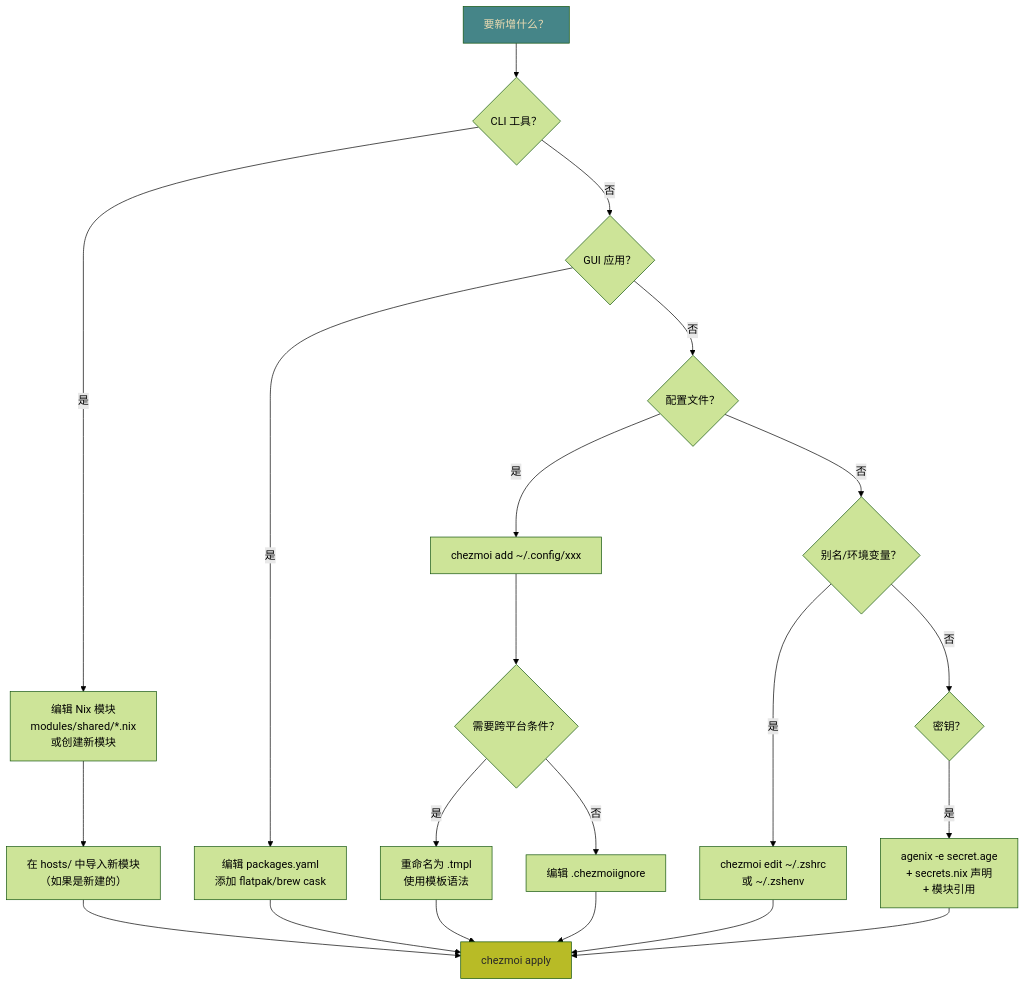
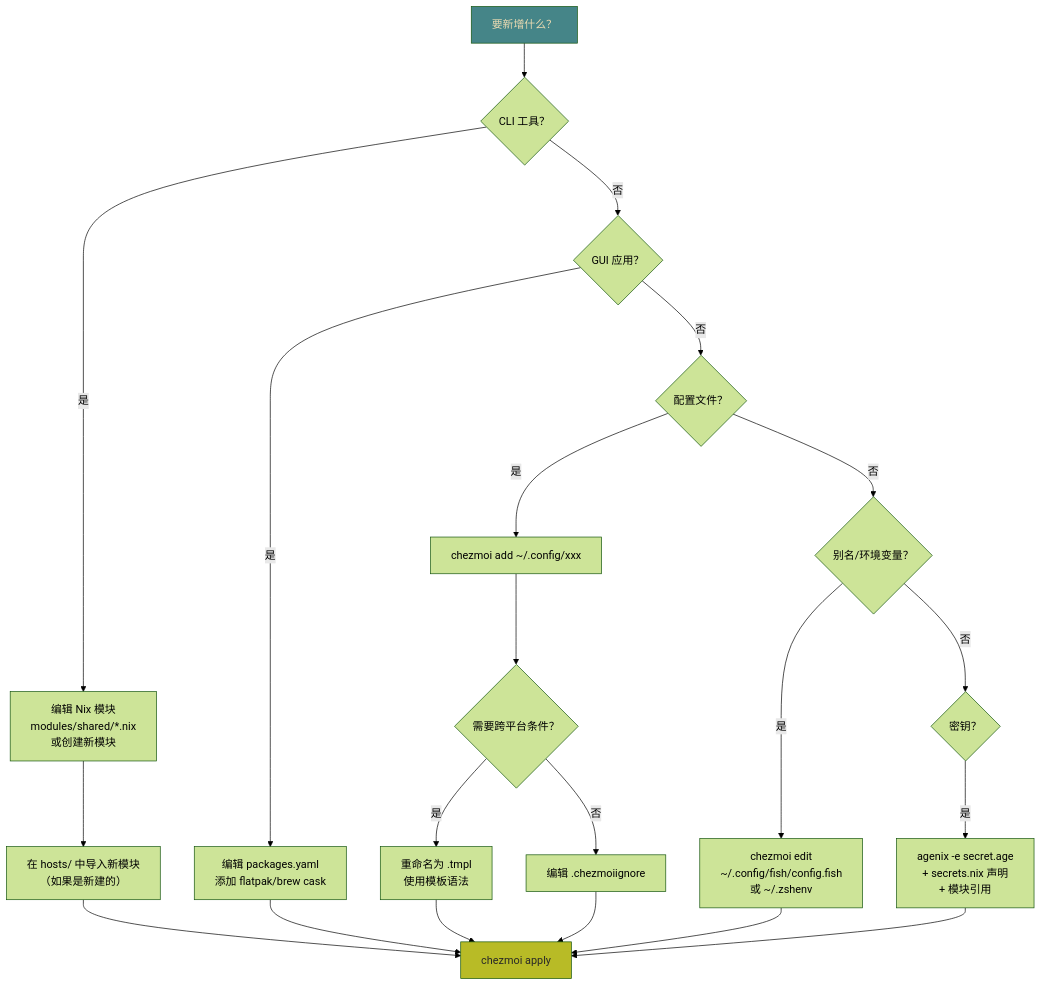
The sixth of 8 diagrams in README.md (viryoke/dotfiles), drawn with Mermaid (forest theme) before and after one commit. The commit also changed other lines of this file and 30 other files, not shown here.

````diff
--- a/README.md
+++ b/README.md
@@ -807,30 +812,30 @@
 ```mermaid
 flowchart TD
     START["要新增什么？"] --> Q1{"CLI 工具？"}
     Q1 -->|是| NIX["编辑 Nix 模块<br/>modules/shared/*.nix<br/>或创建新模块"]
     NIX --> IMPORT["在 hosts/ 中导入新模块<br/>（如果是新建的）"]
     IMPORT --> APPLY["chezmoi apply"]
 
     Q1 -->|否| Q2{"GUI 应用？"}
     Q2 -->|是| YAML["编辑 packages.yaml<br/>添加 flatpak/brew cask"]
     YAML --> APPLY
 
     Q2 -->|否| Q3{"配置文件？"}
     Q3 -->|是| ADD["chezmoi add ~/.config/xxx"]
     ADD --> TMPL{"需要跨平台条件？"}
     TMPL -->|是| RENAME["重命名为 .tmpl<br/>使用模板语法"]
     TMPL -->|否| IGNORE["编辑 .chezmoiignore"]
     RENAME --> APPLY
     IGNORE --> APPLY
 
     Q3 -->|否| Q4{"别名/环境变量？"}
-    Q4 -->|是| EDIT["chezmoi edit ~/.zshrc<br/>或 ~/.zshenv"]
+    Q4 -->|是| EDIT["chezmoi edit<br/>~/.config/fish/config.fish<br/>或 ~/.zshenv"]
     EDIT --> APPLY
 
     Q4 -->|否| Q5{"密钥？"}
     Q5 -->|是| ENCRYPT["agenix -e secret.age<br/>+ secrets.nix 声明<br/>+ 模块引用"]
     ENCRYPT --> APPLY
 
     style START fill:#458588,color:#ebdbb2
     style APPLY fill:#b8bb26,color:#282828
 ```
````
